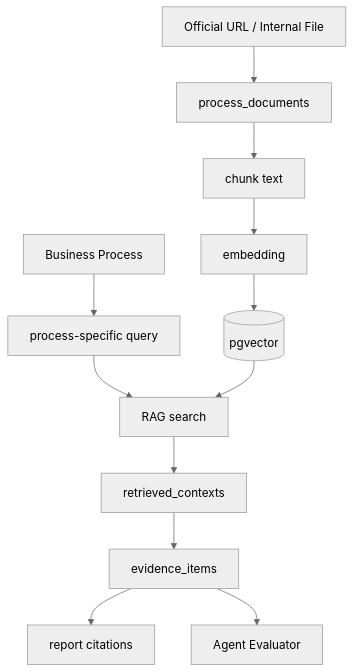
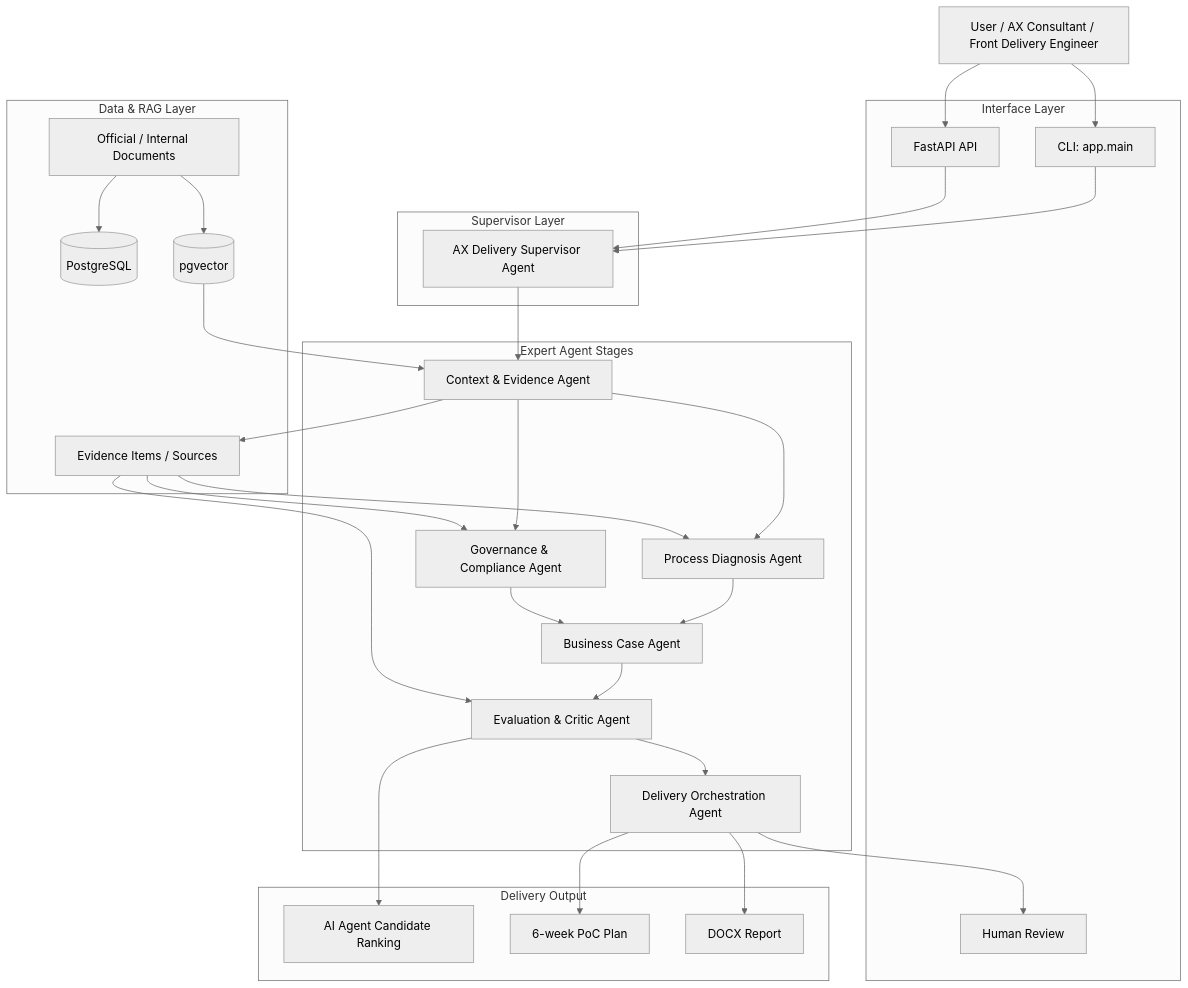
The second of 2 diagrams in README.md (ohjaesik/AI_Agent), drawn with Mermaid (neutral theme) before and after one commit. The commit also changed other lines of this file, not shown here.

Commit message:
docs: frame project around assignment and supervisor agent flow

````diff
--- a/README.md
+++ b/README.md
@@ -528,14 +285,59 @@
 ```mermaid
-flowchart TD
-    File[Official URL / Internal File] --> Document[process_documents]
-    Document --> Chunk[chunk text]
-    Chunk --> Embedding[embedding]
-    Embedding --> Vector[(pgvector)]
-    Process[Business Process] --> Query[process-specific query]
-    Query --> Search[RAG search]
-    Vector --> Search
-    Search --> Context[retrieved_contexts]
-    Context --> Evidence[evidence_items]
-    Evidence --> Citation[report citations]
-    Evidence --> Evaluator[Agent Evaluator]
+flowchart TB
+    User[User / AX Consultant / Front Delivery Engineer]
+
+    subgraph Interface[Interface Layer]
+        CLI[CLI: app.main]
+        API[FastAPI API]
+        Review[Human Review]
+    end
+
+    subgraph Supervisor[Supervisor Layer]
+        Sup[AX Delivery Supervisor Agent]
+    end
+
+    subgraph Agents[Expert Agent Stages]
+        C[Context & Evidence Agent]
+        P[Process Diagnosis Agent]
+        G[Governance & Compliance Agent]
+        B[Business Case Agent]
+        E[Evaluation & Critic Agent]
+        D[Delivery Orchestration Agent]
+    end
+
+    subgraph Data[Data & RAG Layer]
+        PG[(PostgreSQL)]
+        Vec[(pgvector)]
+        Docs[Official / Internal Documents]
+        Evidence[Evidence Items / Sources]
+    end
+
+    subgraph Output[Delivery Output]
+        Ranking[AI Agent Candidate Ranking]
+        PoC[6-week PoC Plan]
+        Report[DOCX Report]
+    end
+
+    User --> CLI
+    User --> API
+    CLI --> Sup
+    API --> Sup
+    Sup --> C
+    C --> P
+    C --> G
+    P --> B
+    G --> B
+    B --> E
+    E --> D
+    D --> Review
+    D --> PoC
+    D --> Report
+    Docs --> PG
+    Docs --> Vec
+    Vec --> C
+    C --> Evidence
+    Evidence --> P
+    Evidence --> G
+    Evidence --> E
+    E --> Ranking
 ```
````
